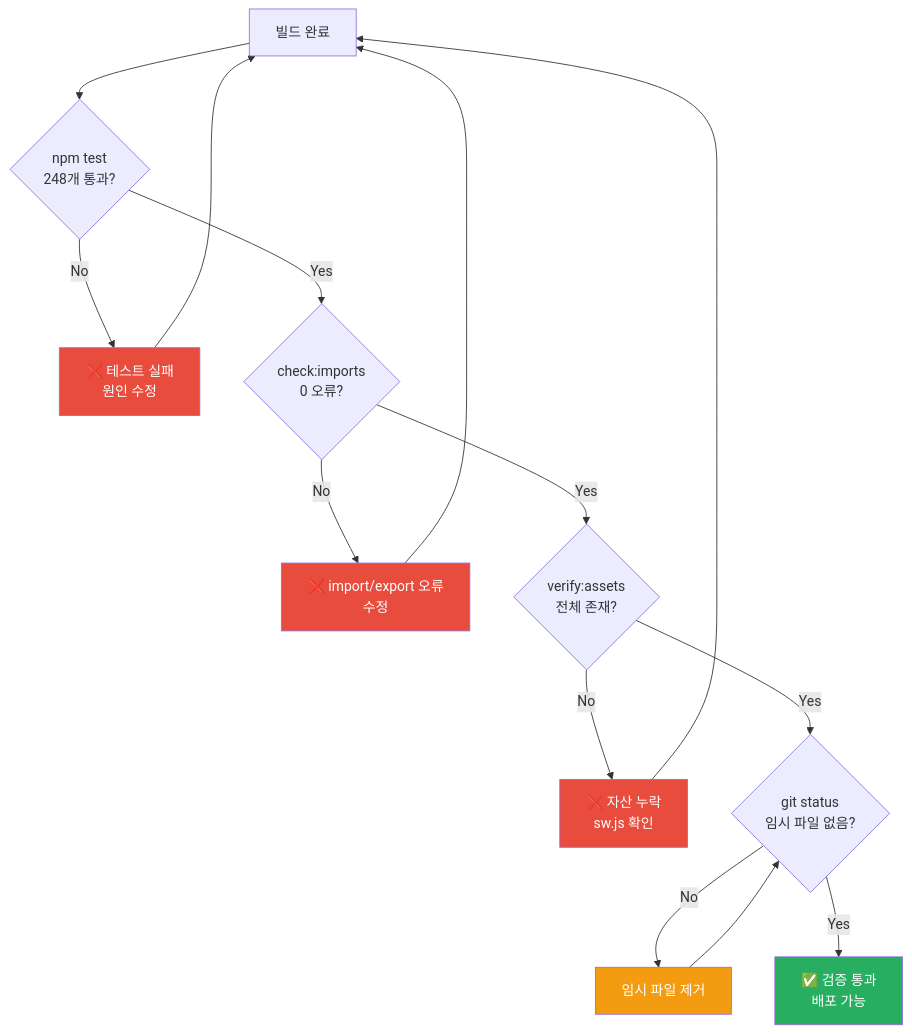
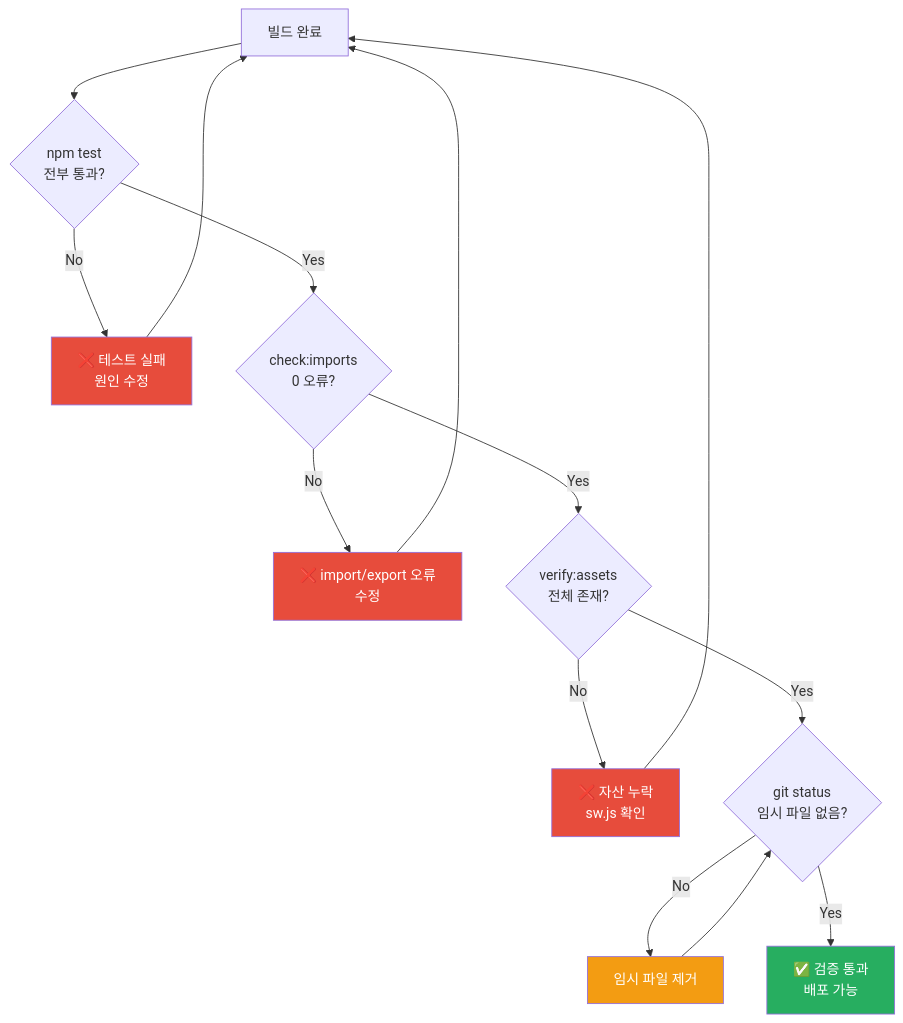
The fourth of 5 diagrams in docs/dev/CONTENT_WORKFLOW.md (skygoldlee-cyber/Personalized_Skincare), drawn with Mermaid before and after one commit. The commit also changed other lines of this file and 2 other files, not shown here.

````diff
--- a/docs/dev/CONTENT_WORKFLOW.md
+++ b/docs/dev/CONTENT_WORKFLOW.md
@@ -412,22 +412,22 @@
 ```mermaid
 flowchart TD
-    Start["빌드 완료"] --> T1{"npm test<br/>248개 통과?"}
+    Start["빌드 완료"] --> T1{"npm test<br/>전부 통과?"}
     T1 -- No --> F1["❌ 테스트 실패<br/>원인 수정"]
     F1 --> Start
     T1 -- Yes --> T2{"check:imports<br/>0 오류?"}
     T2 -- No --> F2["❌ import/export 오류<br/>수정"]
     F2 --> Start
     T2 -- Yes --> T3{"verify:assets<br/>전체 존재?"}
     T3 -- No --> F3["❌ 자산 누락<br/>sw.js 확인"]
     F3 --> Start
     T3 -- Yes --> T4{"git status<br/>임시 파일 없음?"}
     T4 -- No --> F4["임시 파일 제거"]
     F4 --> T4
     T4 -- Yes --> OK["✅ 검증 통과<br/>배포 가능"]
 
     style OK fill:#27ae60,color:#fff
     style F1 fill:#e74c3c,color:#fff
     style F2 fill:#e74c3c,color:#fff
     style F3 fill:#e74c3c,color:#fff
     style F4 fill:#f39c12,color:#fff
 ```
````
